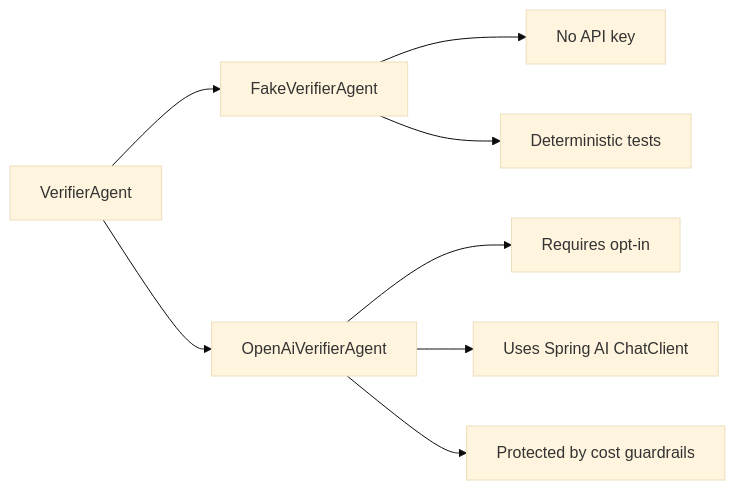
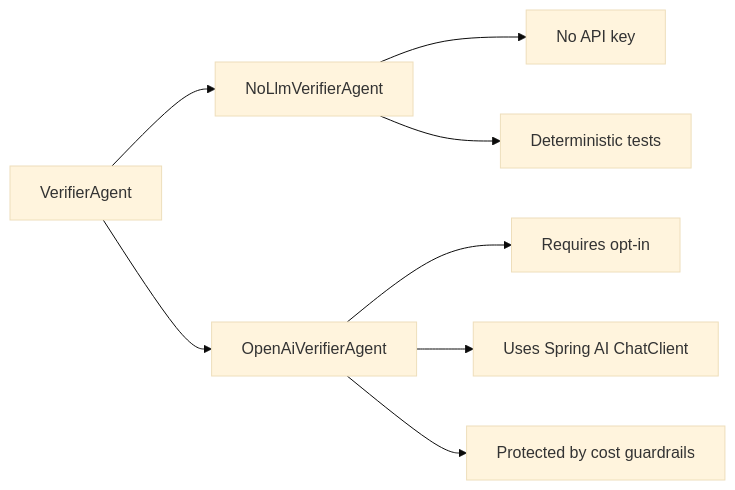
Before and after one commit to vinayknl/prooflane: the fifth of 6 diagrams in README.md, drawn with Mermaid (base theme). The commit also changed other lines of this file and 7 other files, not shown here.

Commit message:
Rename default verifier mode to No-LLM

````diff
--- a/README.md
+++ b/README.md
@@ -180,10 +180,10 @@
 ```mermaid
 flowchart LR
-    A["VerifierAgent"] --> B["FakeVerifierAgent"]
+    A["VerifierAgent"] --> B["NoLlmVerifierAgent"]
     A --> C["OpenAiVerifierAgent"]
     B --> D["No API key"]
     B --> E["Deterministic tests"]
     C --> F["Requires opt-in"]
     C --> G["Uses Spring AI ChatClient"]
     C --> H["Protected by cost guardrails"]
 ```
````
